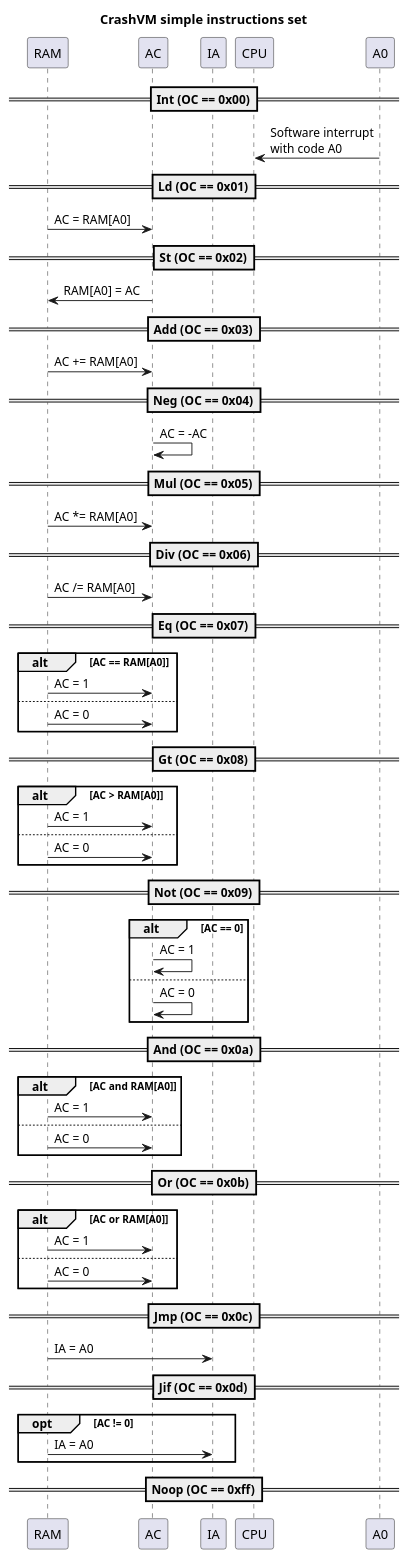
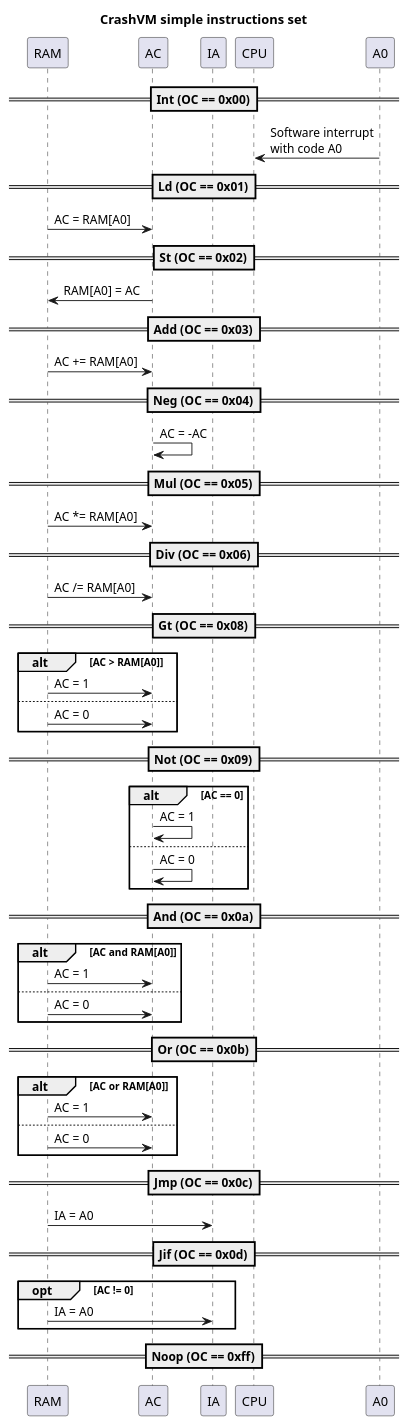
One commit to hypafrag/crash-vm changed the sixth of 7 diagrams in doc/system.puml. Above: the diagram before and after it, drawn with PlantUML. The commit also changed other lines of this file and 8 other files, not shown here.

```diff
--- a/doc/system.puml
+++ b/doc/system.puml
@@ -174,68 +182,62 @@
 @startuml simple_instructions
 title CrashVM simple instructions set
 
 participant RAM
 participant AC
 participant IA
 participant CPU
 
 ==Int (OC == 0x00)==
 A0 -> CPU: Software interrupt\nwith code A0
 
 ==Ld (OC == 0x01)==
 RAM -> AC: AC = RAM[A0]
 ==St (OC == 0x02)==
 RAM <- AC: RAM[A0] = AC
 
 ==Add (OC == 0x03)==
 RAM -> AC: AC += RAM[A0]
 ==Neg (OC == 0x04)==
 AC -> AC: AC = -AC
 
 ==Mul (OC == 0x05)==
 RAM -> AC: AC *= RAM[A0]
 ==Div (OC == 0x06)==
 RAM -> AC: AC /= RAM[A0]
 
-==Eq (OC == 0x07)==
-alt AC == RAM[A0]
-    RAM -> AC: AC = 1
-else
-    RAM -> AC: AC = 0
-end
 ==Gt (OC == 0x08)==
 alt AC > RAM[A0]
     RAM -> AC: AC = 1
 else
     RAM -> AC: AC = 0
 end
 
 ==Not (OC == 0x09)==
 alt AC == 0
     AC -> AC: AC = 1
 else
     AC -> AC: AC = 0
 end
 ==And (OC == 0x0a)==
 alt AC and RAM[A0]
     RAM -> AC: AC = 1
 else
     RAM -> AC: AC = 0
 end
 ==Or (OC == 0x0b)==
 alt AC or RAM[A0]
     RAM -> AC: AC = 1
 else
     RAM -> AC: AC = 0
 end
 
 ==Jmp (OC == 0x0c)==
 RAM -> IA: IA = A0
 ==Jif (OC == 0x0d)==
 opt AC != 0
     RAM -> IA: IA = A0
 end
 
 ==Noop (OC == 0xff)==
 
 @enduml
```
